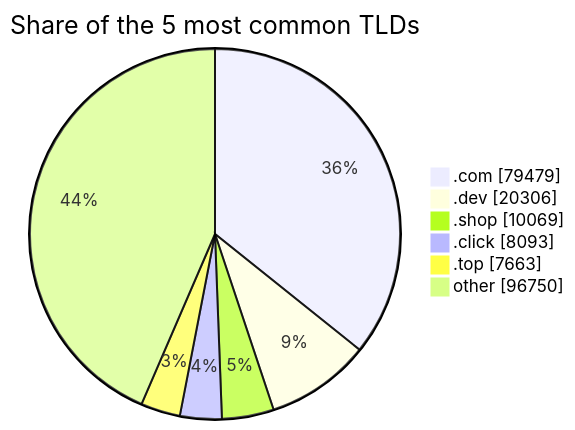
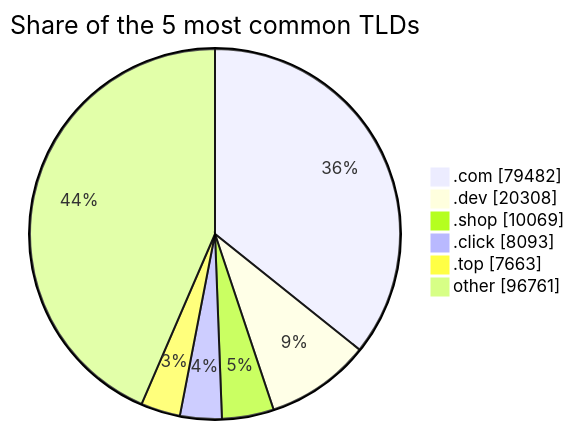
Before and after one commit to DNSBunker/CTI: the third of 3 diagrams in README.md, drawn with Mermaid. The commit also changed other lines of this file and 3 other files, not shown here.

````diff
--- a/README.md
+++ b/README.md
@@ -81,9 +81,9 @@
 ```mermaid
 pie showData title Share of the 5 most common TLDs
-    ".com" : 79479
-    ".dev" : 20306
+    ".com" : 79482
+    ".dev" : 20308
     ".shop" : 10069
     ".click" : 8093
     ".top" : 7663
-    "other" : 96750
+    "other" : 96761
 ```
````
